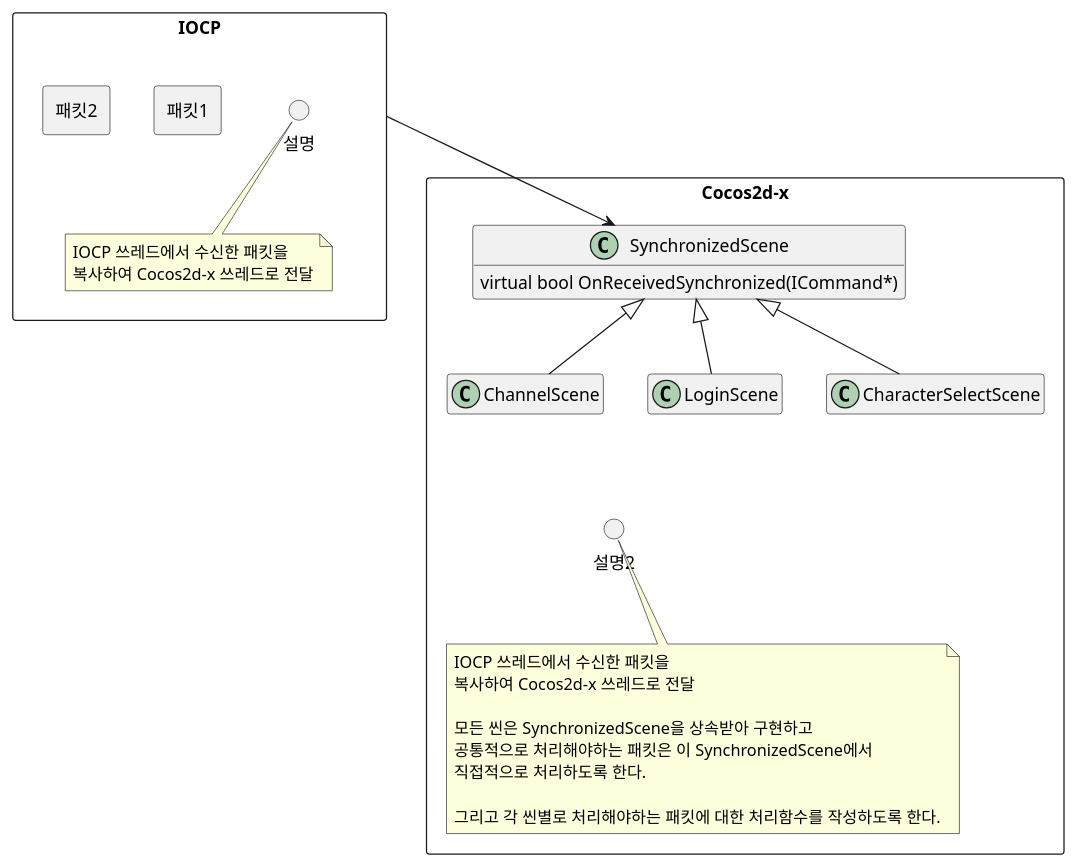
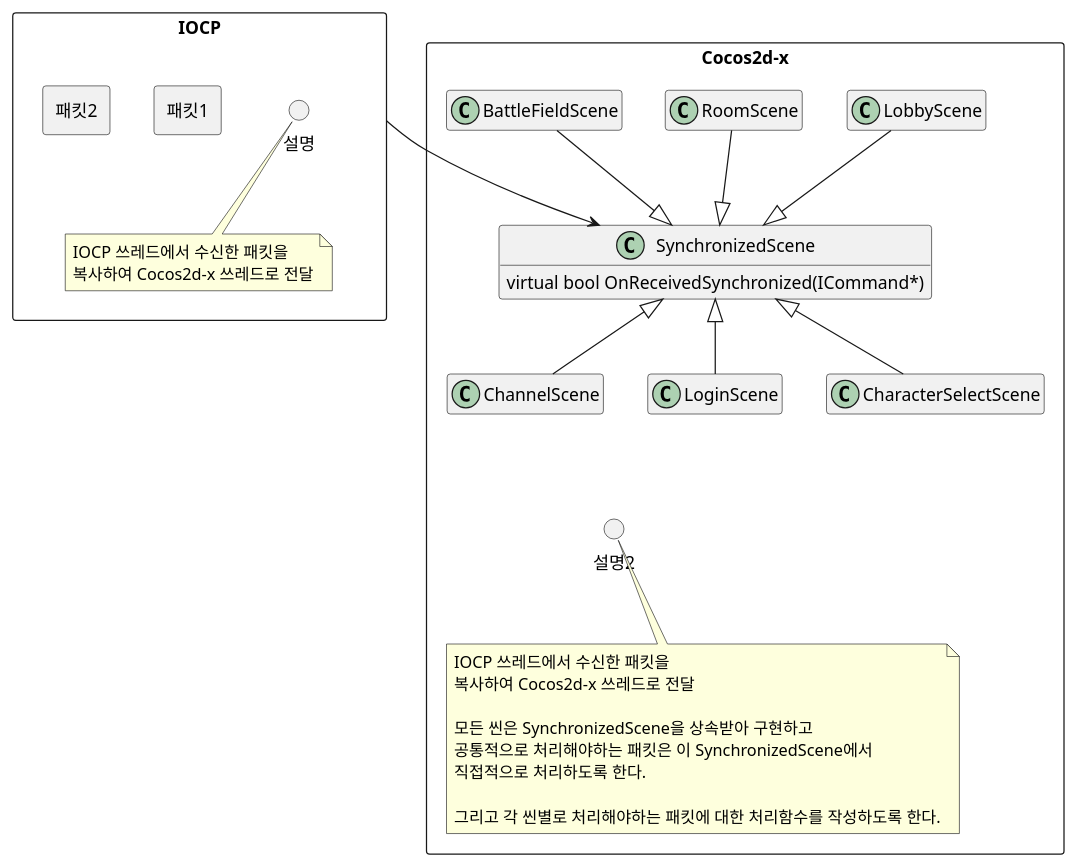
The diagram in Documents/Structure/ClientStructure.puml (yjd6808/_YJD_Harmony), drawn with PlantUML before and after one commit. The commit also changed 29 other files, not shown here.

```diff
--- a/Documents/Structure/ClientStructure.puml
+++ b/Documents/Structure/ClientStructure.puml
@@ -1,51 +1,54 @@
 @startuml
 'https://plantuml.com/class-diagram
 
 hide empty methods
 hide empty fields
 
 
 
 rectangle IOCP {
     rectangle 패킷1 {
     }
     rectangle 패킷2 {
     }
 
     circle 설명
     note bottom of 설명
         IOCP 쓰레드에서 수신한 패킷을
         복사하여 Cocos2d-x 쓰레드로 전달
     end note
 }
 
 rectangle Cocos2d-x {
     class SynchronizedScene {
         virtual bool OnReceivedSynchronized(ICommand*)
     }
 
     IOCP --> SynchronizedScene
     LoginScene -u-|> SynchronizedScene
     ChannelScene -u-|> SynchronizedScene
     CharacterSelectScene -u-|> SynchronizedScene
+    LobbyScene --|> SynchronizedScene
+    RoomScene --|> SynchronizedScene
+    BattleFieldScene --|> SynchronizedScene
 
 
     circle 설명2
     note bottom of 설명2
         IOCP 쓰레드에서 수신한 패킷을
         복사하여 Cocos2d-x 쓰레드로 전달
 
         모든 씬은 SynchronizedScene을 상속받아 구현하고
         공통적으로 처리해야하는 패킷은 이 SynchronizedScene에서
         직접적으로 처리하도록 한다.
 
         그리고 각 씬별로 처리해야하는 패킷에 대한 처리함수를 작성하도록 한다.
     end note
 
     설명2 -[hidden]u-> ChannelScene
 }
 
 
 
 
 @enduml
```
